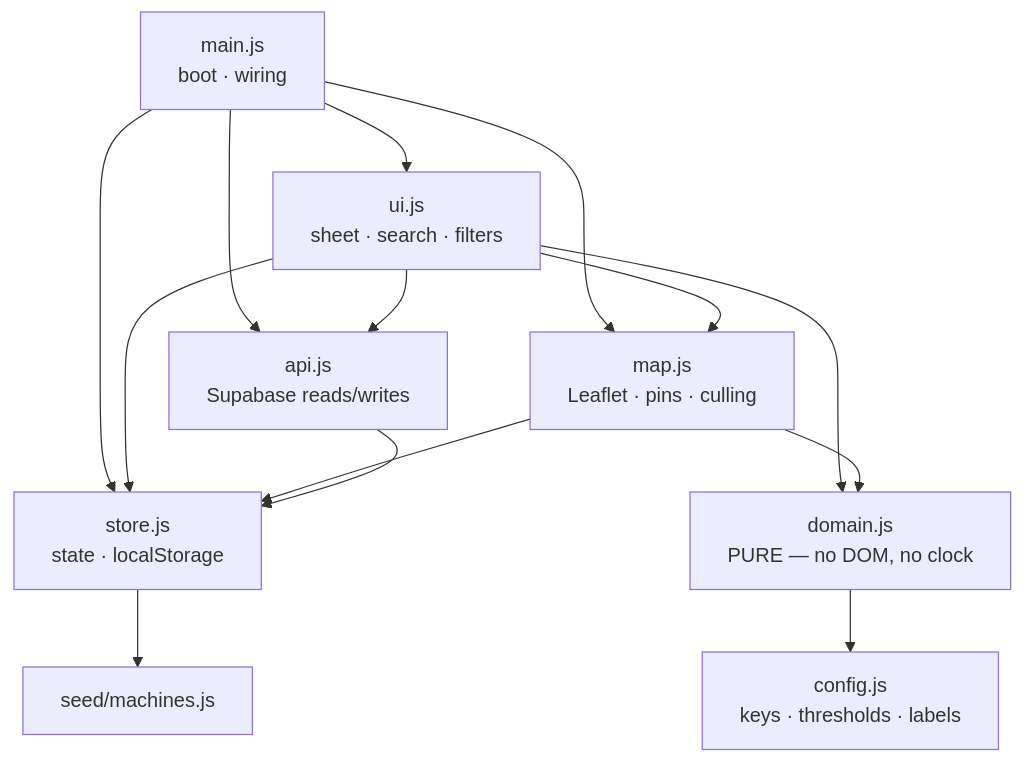
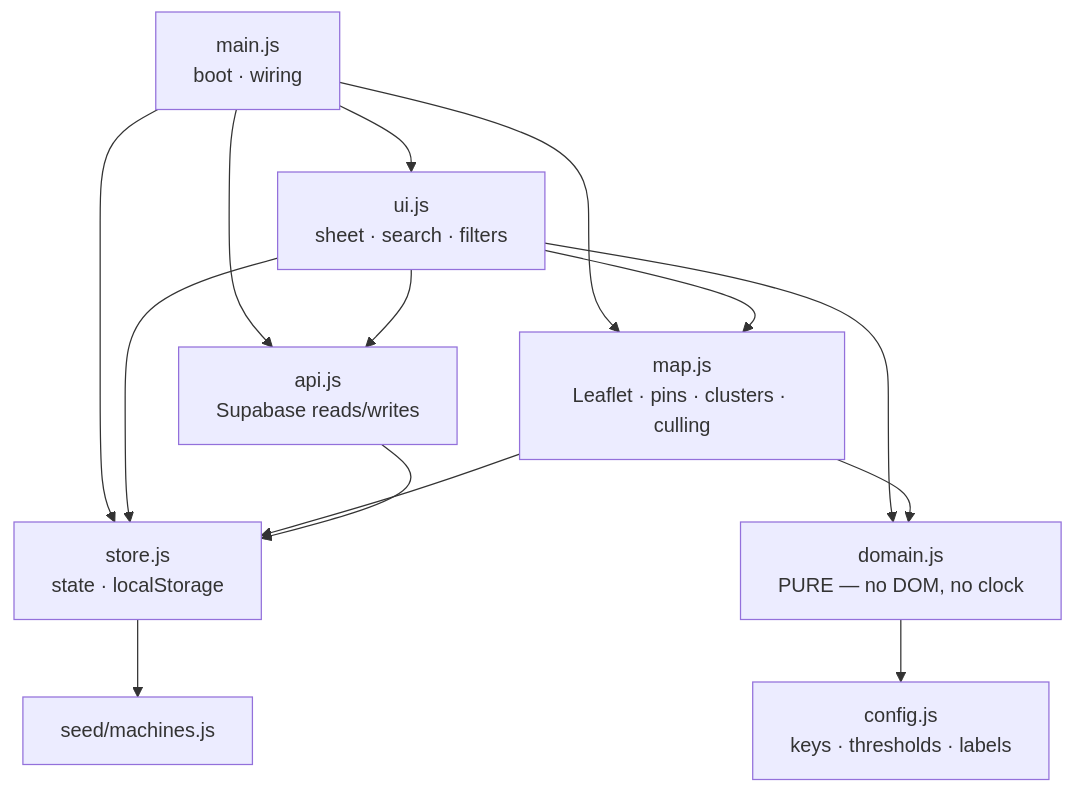
The second of 7 diagrams in docs/diagrams.md (isabelhdias/voltacheck), drawn with Mermaid before and after one commit. The commit also changed 14 other files, not shown here.

````diff
--- a/docs/diagrams.md
+++ b/docs/diagrams.md
@@ -35,18 +35,18 @@
 ```mermaid
 flowchart TD
   main["main.js<br/>boot · wiring"]
   ui["ui.js<br/>sheet · search · filters"]
-  map["map.js<br/>Leaflet · pins · culling"]
+  map["map.js<br/>Leaflet · pins · clusters · culling"]
   api["api.js<br/>Supabase reads/writes"]
   store["store.js<br/>state · localStorage"]
   domain["domain.js<br/>PURE — no DOM, no clock"]
   config["config.js<br/>keys · thresholds · labels"]
   seed["seed/machines.js"]
 
   main --> ui & map & api & store
   ui --> map & api & store & domain
   map --> store & domain
   api --> store
   store --> seed
   domain --> config
 ```
````
